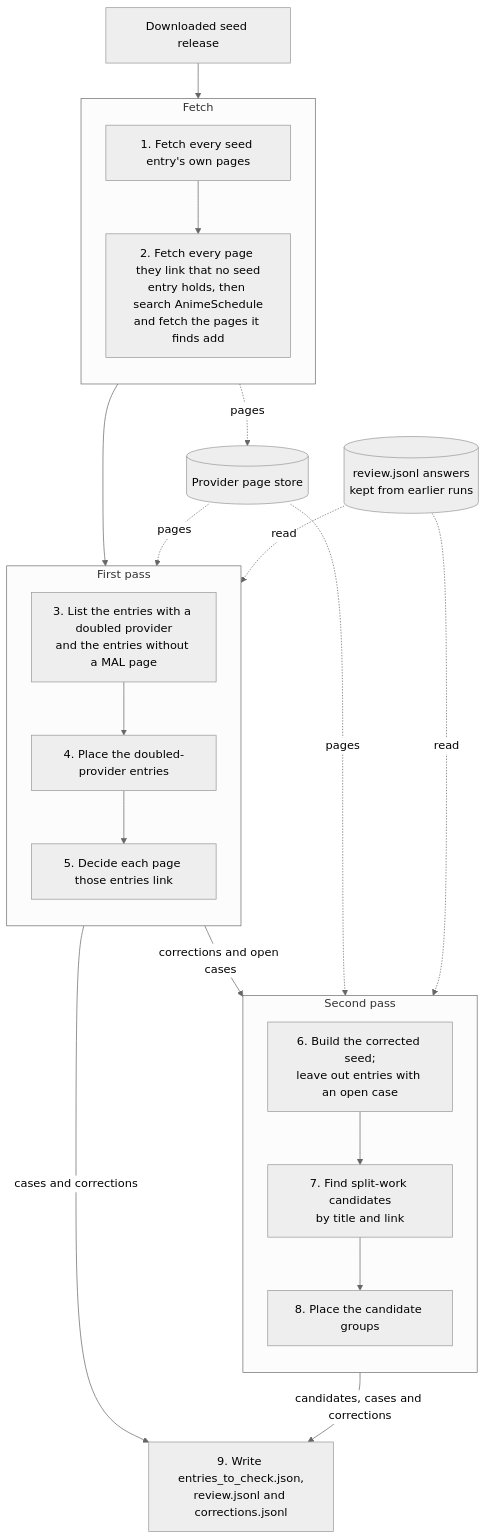
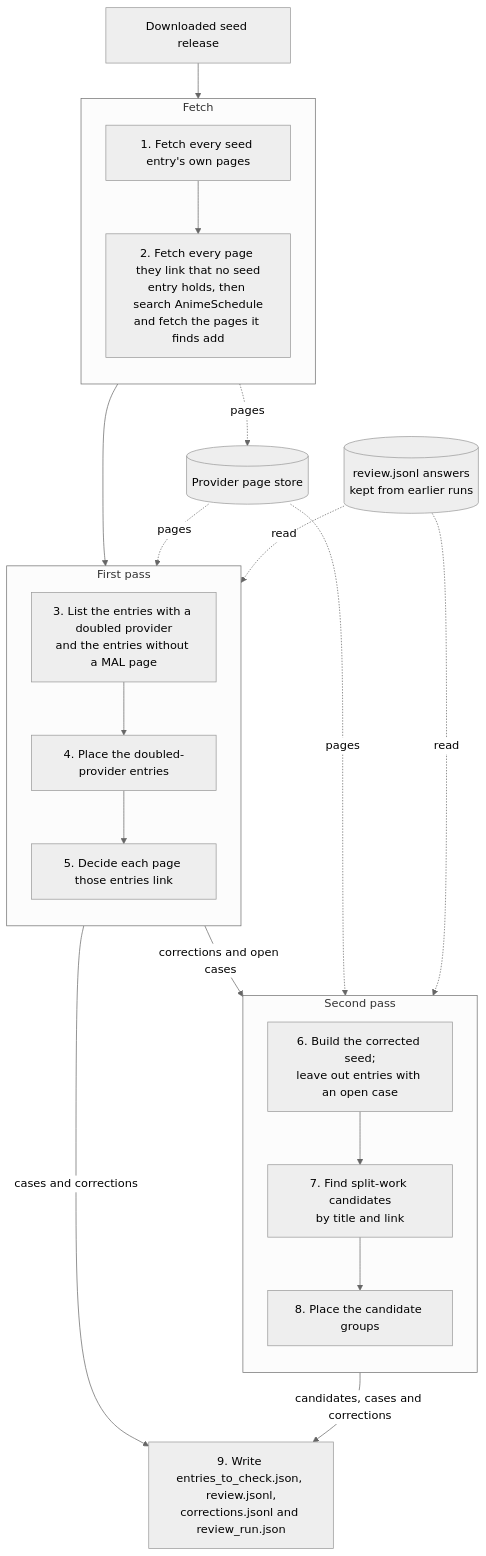
Before and after one commit to adnanaq/echora: the first of 2 diagrams in libs/seed_cleaning/README.md, drawn with Mermaid (neutral theme). The commit also changed other lines of this file and 107 other files, not shown here.

First line of the commit message:
feat(ECHO-76): Answer review cases in a local review page instead of editing review.jsonl (#63)

````diff
--- a/libs/seed_cleaning/README.md
+++ b/libs/seed_cleaning/README.md
@@ -59,40 +59,40 @@
 ```mermaid
 flowchart TD
     seed[Downloaded seed release]
     store[(Provider page store)]
     answers[(review.jsonl answers<br/>kept from earlier runs)]
 
     subgraph fetch[Fetch]
         direction TB
         fetch_seed[1. Fetch every seed entry's own pages]
         fetch_linked[2. Fetch every page they link that no seed<br/>entry holds, then search AnimeSchedule<br/>and fetch the pages it finds add]
         fetch_seed --> fetch_linked
     end
 
     subgraph first[First pass]
         direction TB
         list[3. List the entries with a doubled provider<br/>and the entries without a MAL page]
         doubled[4. Place the doubled-provider entries]
         decide[5. Decide each page those entries link]
         list --> doubled --> decide
     end
 
     subgraph second[Second pass]
         direction TB
         corrected[6. Build the corrected seed;<br/>leave out entries with an open case]
         candidates[7. Find split-work candidates<br/>by title and link]
         split[8. Place the candidate groups]
         corrected --> candidates --> split
     end
 
     seed --> fetch --> first
     first -- corrections and open cases --> second
     fetch -. pages .-> store
     store -. pages .-> first
     store -. pages .-> second
     answers -. read .-> first
     answers -. read .-> second
     first -- cases and corrections --> write
     second -- candidates, cases and corrections --> write
-    write[9. Write entries_to_check.json,<br/>review.jsonl and corrections.jsonl]
+    write[9. Write entries_to_check.json, review.jsonl,<br/>corrections.jsonl and review_run.json]
 ```
````
